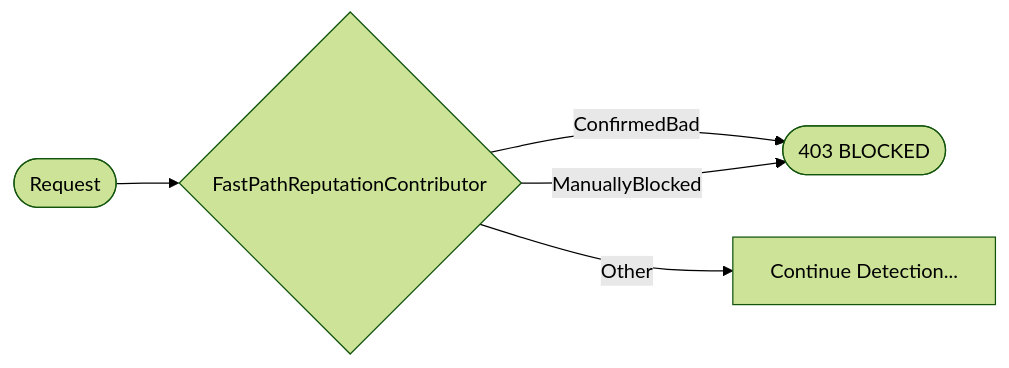
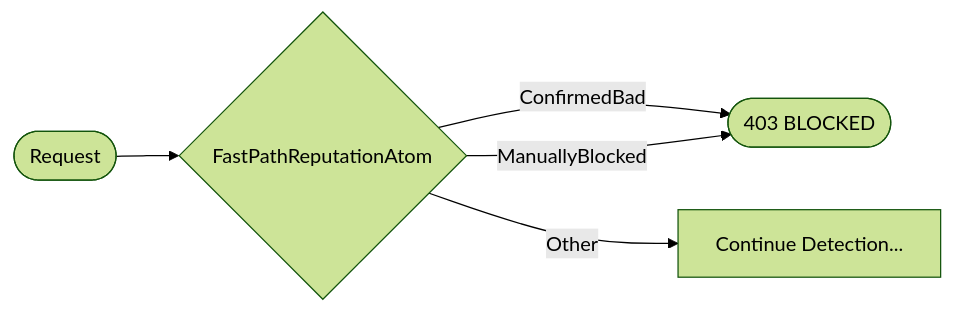
One commit to scottgal/stylobot changed the third of 6 diagrams in src/Mostlylucid.BotDetection/docs/learning-and-reputation.md. Above: the diagram before and after it, drawn with Mermaid (forest theme). The commit also changed other lines of this file and 53 other files, not shown here.

````diff
--- a/src/Mostlylucid.BotDetection/docs/learning-and-reputation.md
+++ b/src/Mostlylucid.BotDetection/docs/learning-and-reputation.md
@@ -176,7 +176,7 @@
 ```mermaid
 flowchart LR
-    Request([Request]) --> FastPath{FastPathReputationContributor}
+    Request([Request]) --> FastPath{FastPathReputationAtom}
     FastPath -->|ConfirmedBad| Abort([403 BLOCKED])
     FastPath -->|ManuallyBlocked| Abort
     FastPath -->|Other| Continue[Continue Detection...]
 ```
````
